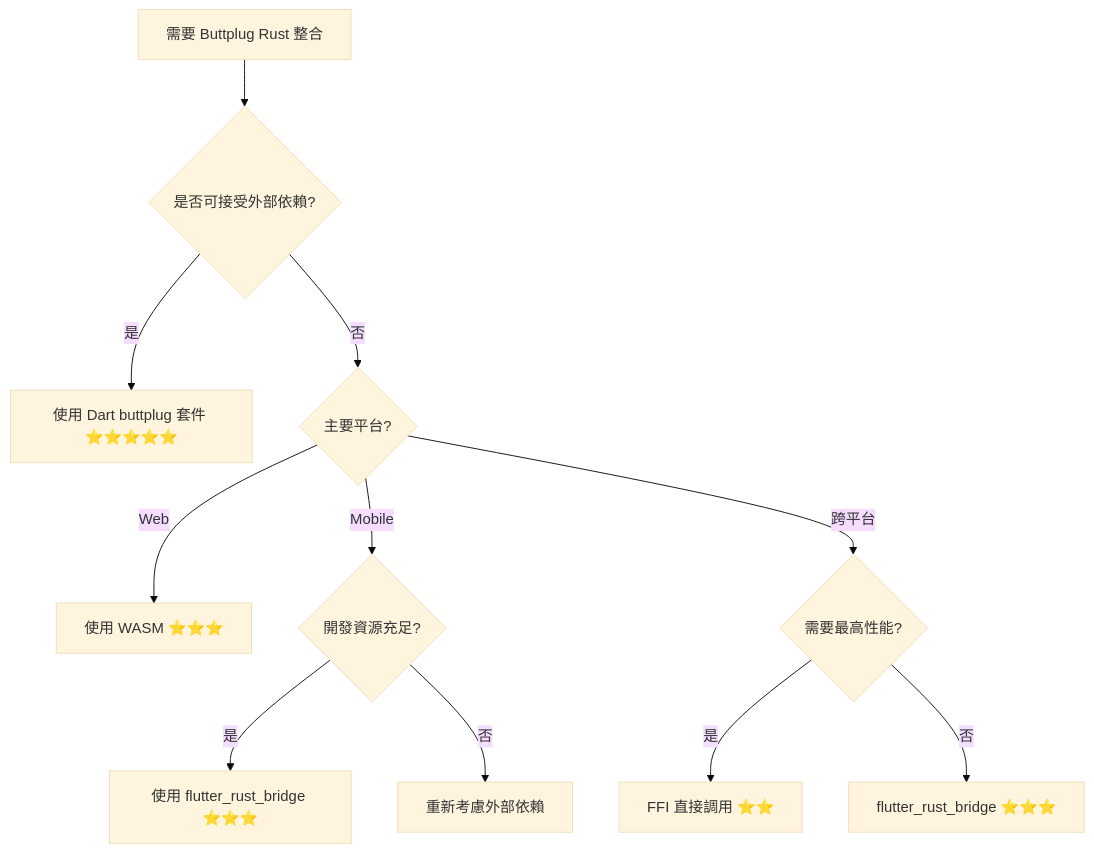
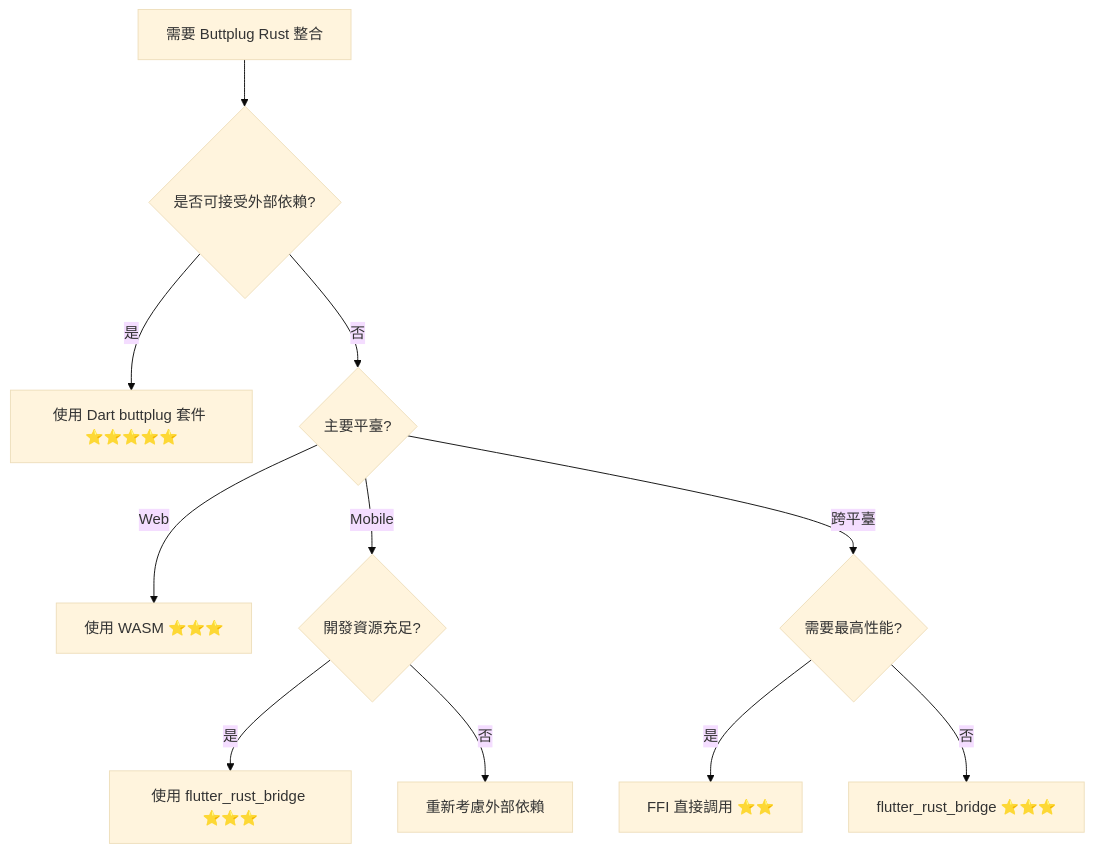
One commit to shihyu/jason_note changed the second of 2 diagrams in src/android/buttplug_porting_guide.md. Above: the diagram before and after it, drawn with Mermaid (base theme). The commit also changed other lines of this file and 468 other files, not shown here.

````diff
--- a/src/android/buttplug_porting_guide.md
+++ b/src/android/buttplug_porting_guide.md
@@ -1038,13 +1038,13 @@
 ```mermaid
 flowchart TD
     A[需要 Buttplug Rust 整合] --> B{是否可接受外部依賴?}
     B -->|是| C[使用 Dart buttplug 套件 ⭐⭐⭐⭐⭐]
-    B -->|否| D{主要平台?}
+    B -->|否| D{主要平臺?}
     D -->|Web| E[使用 WASM ⭐⭐⭐]
     D -->|Mobile| F{開發資源充足?}
     F -->|是| G[使用 flutter_rust_bridge ⭐⭐⭐]
     F -->|否| H[重新考慮外部依賴]
-    D -->|跨平台| I{需要最高性能?}
+    D -->|跨平臺| I{需要最高性能?}
     I -->|是| J[FFI 直接調用 ⭐⭐]
     I -->|否| K[flutter_rust_bridge ⭐⭐⭐]
 ```
````
